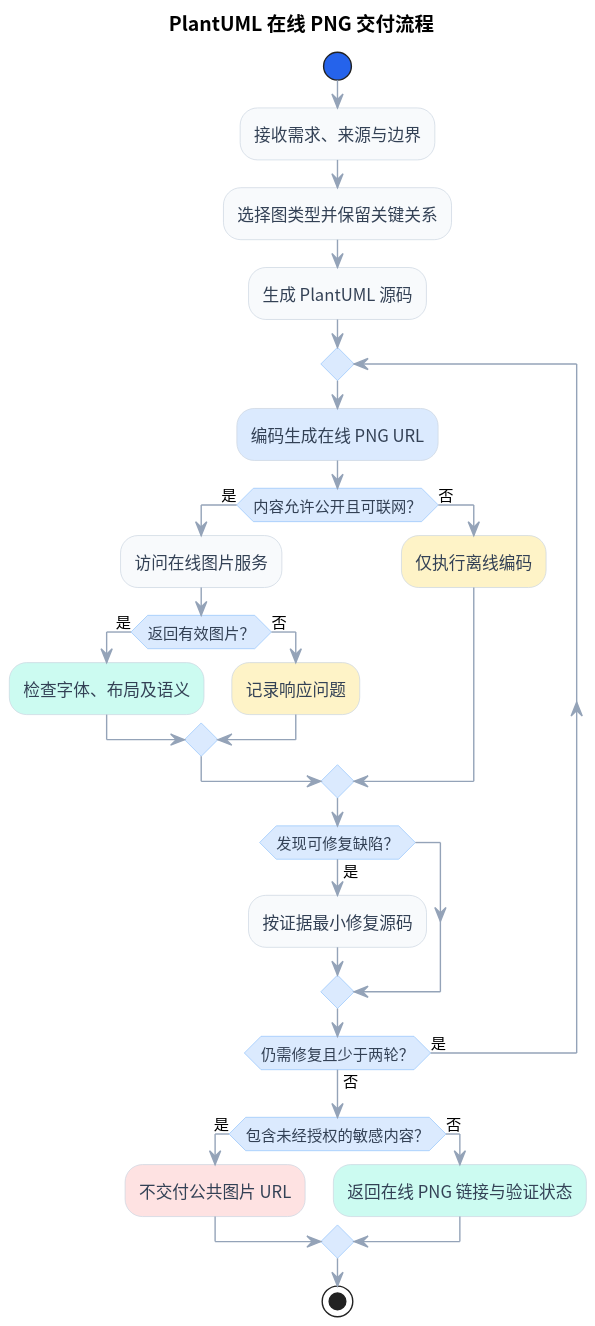
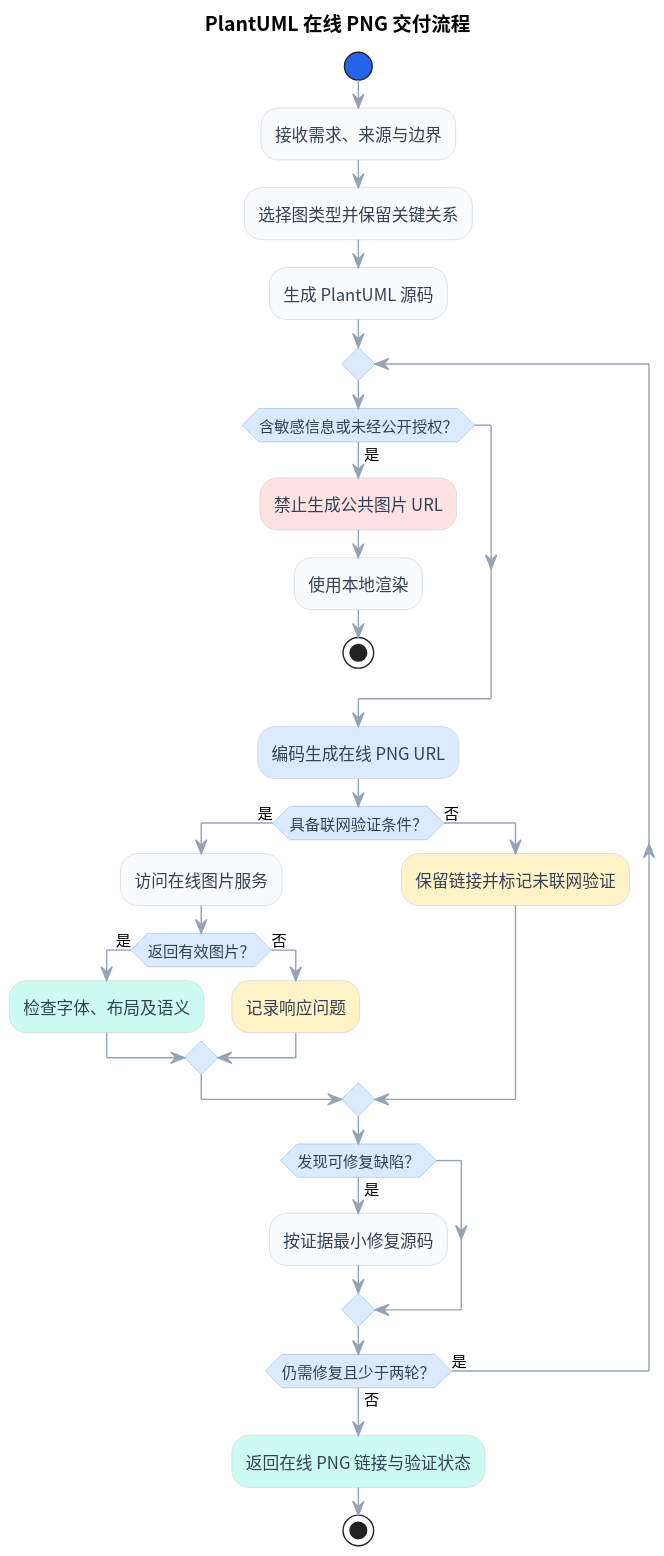
One commit to lovemoganna/Org-Skills changed the diagram in skills/plantuml-diagram-engine/examples/02_activity.puml. Above: the diagram before and after it, drawn with PlantUML.

Commit message:
fix(plantuml): guard public rendering before URL generation

```diff
--- a/skills/plantuml-diagram-engine/examples/02_activity.puml
+++ b/skills/plantuml-diagram-engine/examples/02_activity.puml
@@ -1,45 +1,46 @@
 @startuml
 ' Case B: 顺序、条件与有限次回修（继承专家 v0.1）
 skinparam backgroundColor #FFFFFF
 skinparam shadowing false
 skinparam defaultFontName "Noto Sans CJK SC"
 skinparam dpi 150
 skinparam activity {
   BackgroundColor #F8FAFC
   BorderColor #CBD5E1
   FontColor #334155
   ArrowColor #94A3B8
   DiamondBackgroundColor #DBEAFE
   DiamondBorderColor #93C5FD
   StartColor #2563EB
   EndColor #172554
   RoundCorner 12
 }
 title PlantUML 在线 PNG 交付流程
 start
 :接收需求、来源与边界;
 :选择图类型并保留关键关系;
 :生成 PlantUML 源码;
 repeat
+  if (含敏感信息或未经公开授权？) then (是)
+    #FEE2E2:禁止生成公共图片 URL;
+    :使用本地渲染;
+    stop
+  endif
   #DBEAFE:编码生成在线 PNG URL;
-  if (内容允许公开且可联网？) then (是)
+  if (具备联网验证条件？) then (是)
     :访问在线图片服务;
     if (返回有效图片？) then (是)
       #CCFBF1:检查字体、布局及语义;
     else (否)
       #FEF3C7:记录响应问题;
     endif
   else (否)
-    #FEF3C7:仅执行离线编码;
+    #FEF3C7:保留链接并标记未联网验证;
   endif
   if (发现可修复缺陷？) then (是)
     :按证据最小修复源码;
   endif
 repeat while (仍需修复且少于两轮？) is (是) not (否)
-if (包含未经授权的敏感内容？) then (是)
-  #FEE2E2:不交付公共图片 URL;
-else (否)
-  #CCFBF1:返回在线 PNG 链接与验证状态;
-endif
+#CCFBF1:返回在线 PNG 链接与验证状态;
 stop
 @enduml
```
